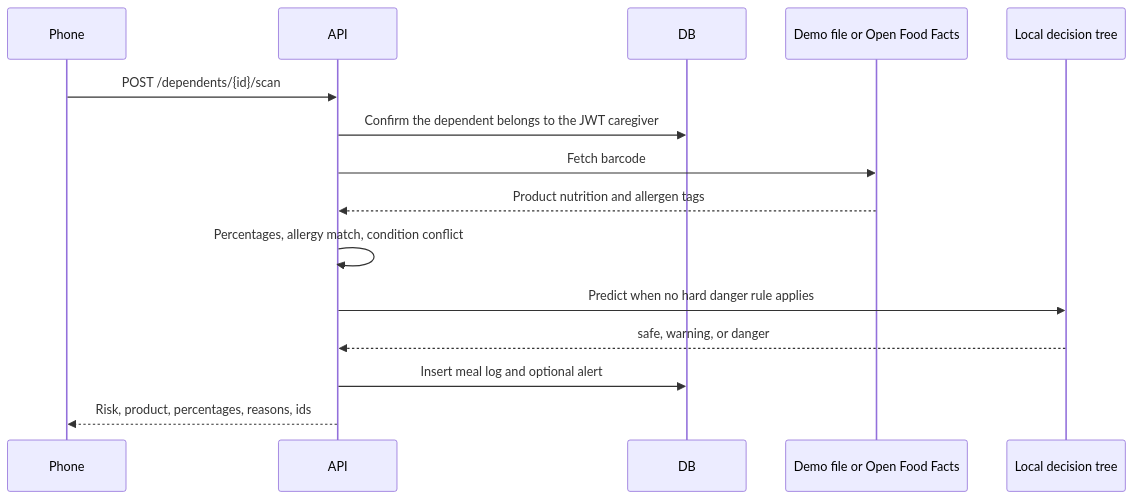
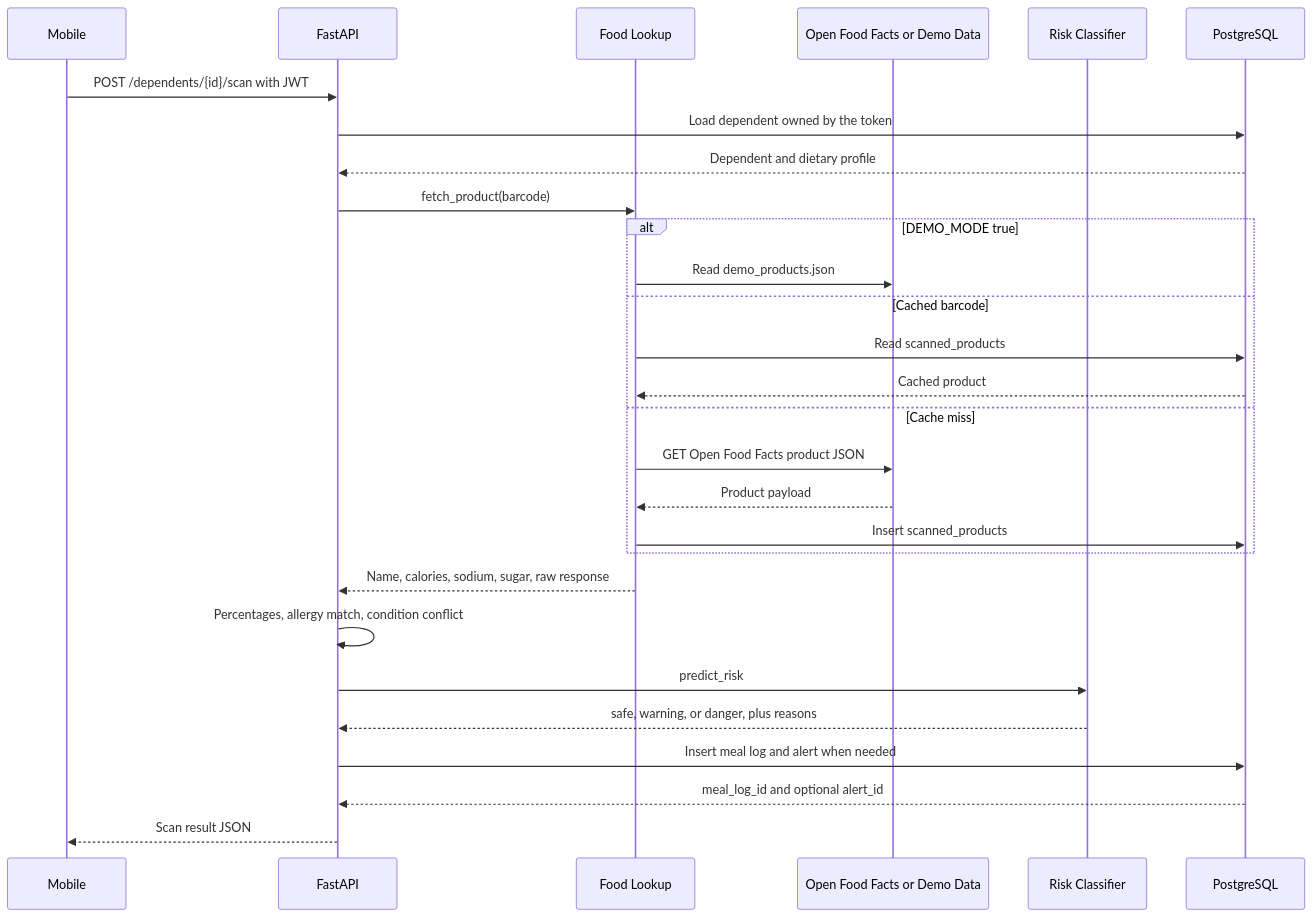
Before and after one commit to punypeony/HEALTHWATCH: the third of 5 diagrams in docs/diagrams.md, drawn with Mermaid. The commit also changed other lines of this file and 2 other files, not shown here.

````diff
--- a/docs/diagrams.md
+++ b/docs/diagrams.md
@@ -41,17 +52,31 @@
 ```mermaid
 sequenceDiagram
-  participant Phone
-  participant API
-  participant DB
-  participant Food as Demo file or Open Food Facts
-  participant Model as Local decision tree
-  Phone->>API: POST /dependents/{id}/scan
-  API->>DB: Confirm the dependent belongs to the JWT caregiver
-  API->>Food: Fetch barcode
-  Food-->>API: Product nutrition and allergen tags
-  API->>API: Percentages, allergy match, condition conflict
-  API->>Model: Predict when no hard danger rule applies
-  Model-->>API: safe, warning, or danger
-  API->>DB: Insert meal log and optional alert
-  API-->>Phone: Risk, product, percentages, reasons, ids
+  participant Mobile
+  participant FastAPI
+  participant FoodLookup as Food Lookup
+  participant Source as Open Food Facts or Demo Data
+  participant Classifier as Risk Classifier
+  participant PostgreSQL
+
+  Mobile->>FastAPI: POST /dependents/{id}/scan with JWT
+  FastAPI->>PostgreSQL: Load dependent owned by the token
+  PostgreSQL-->>FastAPI: Dependent and dietary profile
+  FastAPI->>FoodLookup: fetch_product(barcode)
+  alt DEMO_MODE true
+    FoodLookup->>Source: Read demo_products.json
+  else Cached barcode
+    FoodLookup->>PostgreSQL: Read scanned_products
+    PostgreSQL-->>FoodLookup: Cached product
+  else Cache miss
+    FoodLookup->>Source: GET Open Food Facts product JSON
+    Source-->>FoodLookup: Product payload
+    FoodLookup->>PostgreSQL: Insert scanned_products
+  end
+  FoodLookup-->>FastAPI: Name, calories, sodium, sugar, raw response
+  FastAPI->>FastAPI: Percentages, allergy match, condition conflict
+  FastAPI->>Classifier: predict_risk
+  Classifier-->>FastAPI: safe, warning, or danger, plus reasons
+  FastAPI->>PostgreSQL: Insert meal log and alert when needed
+  PostgreSQL-->>FastAPI: meal_log_id and optional alert_id
+  FastAPI-->>Mobile: Scan result JSON
 ```
````
